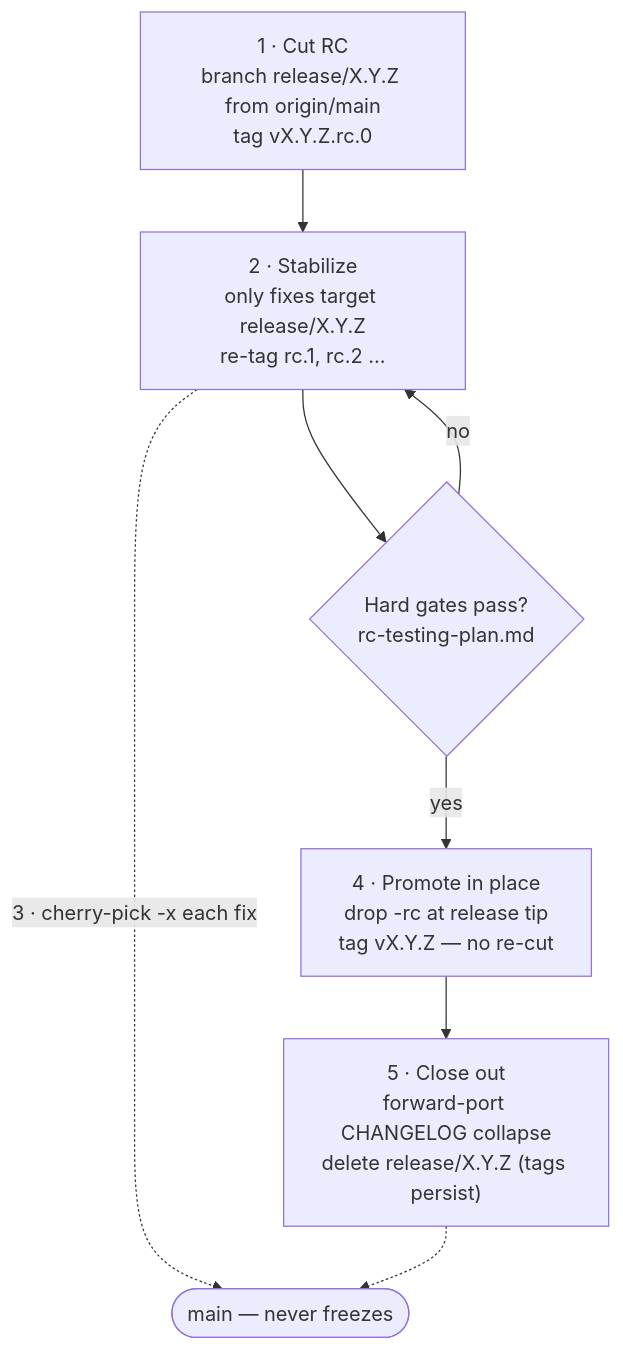
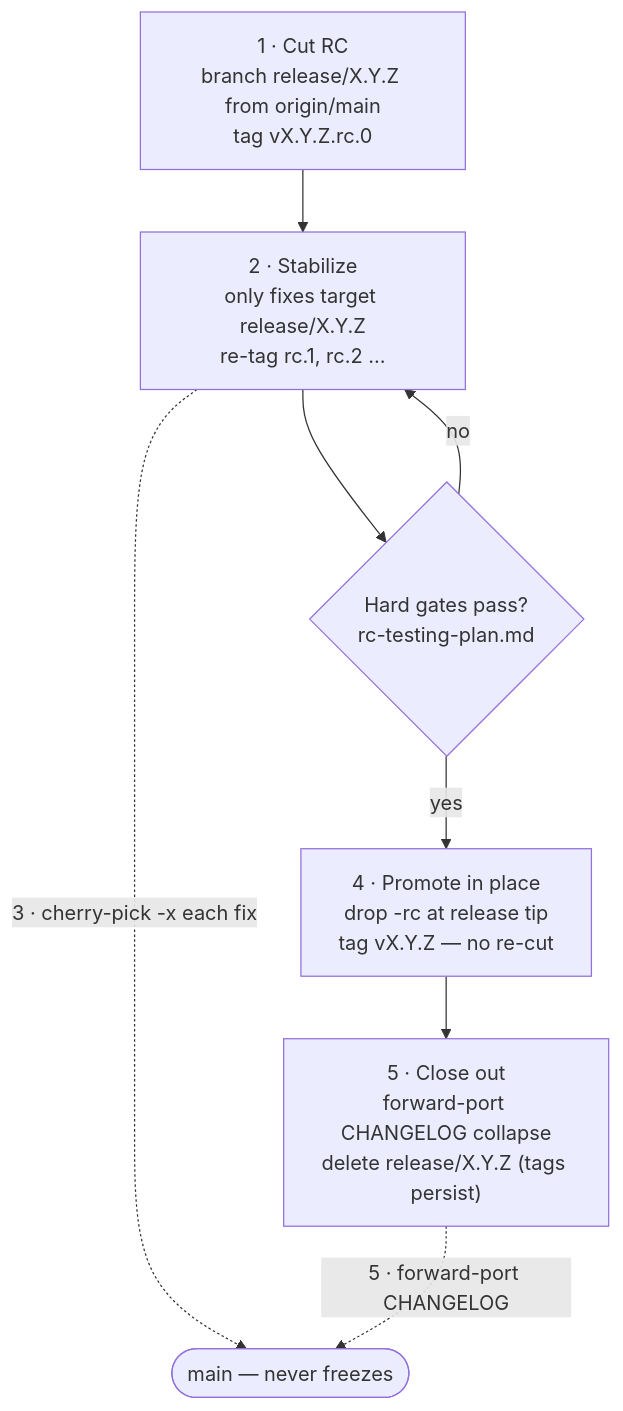
The second of 3 diagrams in internal/contributor-info/release-train-runbook.md (shakacode/react_on_rails), drawn with Mermaid before and after one commit. The commit also changed other lines of this file, not shown here.

First line of the commit message:
docs: address review nits on runbook diagrams

````diff
--- a/internal/contributor-info/release-train-runbook.md
+++ b/internal/contributor-info/release-train-runbook.md
@@ -109,10 +109,10 @@
 ```mermaid
 flowchart TD
     A["1 · Cut RC<br/>branch release/X.Y.Z from origin/main<br/>tag vX.Y.Z.rc.0"] --> B["2 · Stabilize<br/>only fixes target release/X.Y.Z<br/>re-tag rc.1, rc.2 …"]
     B --> C{"Hard gates pass?<br/>rc-testing-plan.md"}
     C -->|"no"| B
     C -->|"yes"| D["4 · Promote in place<br/>drop -rc at release tip<br/>tag vX.Y.Z — no re-cut"]
     D --> E["5 · Close out<br/>forward-port CHANGELOG collapse<br/>delete release/X.Y.Z (tags persist)"]
     B -.->|"3 · cherry-pick -x each fix"| M(["main — never freezes"])
-    E -.-> M
+    E -.->|"5 · forward-port CHANGELOG"| M
 ```
````
